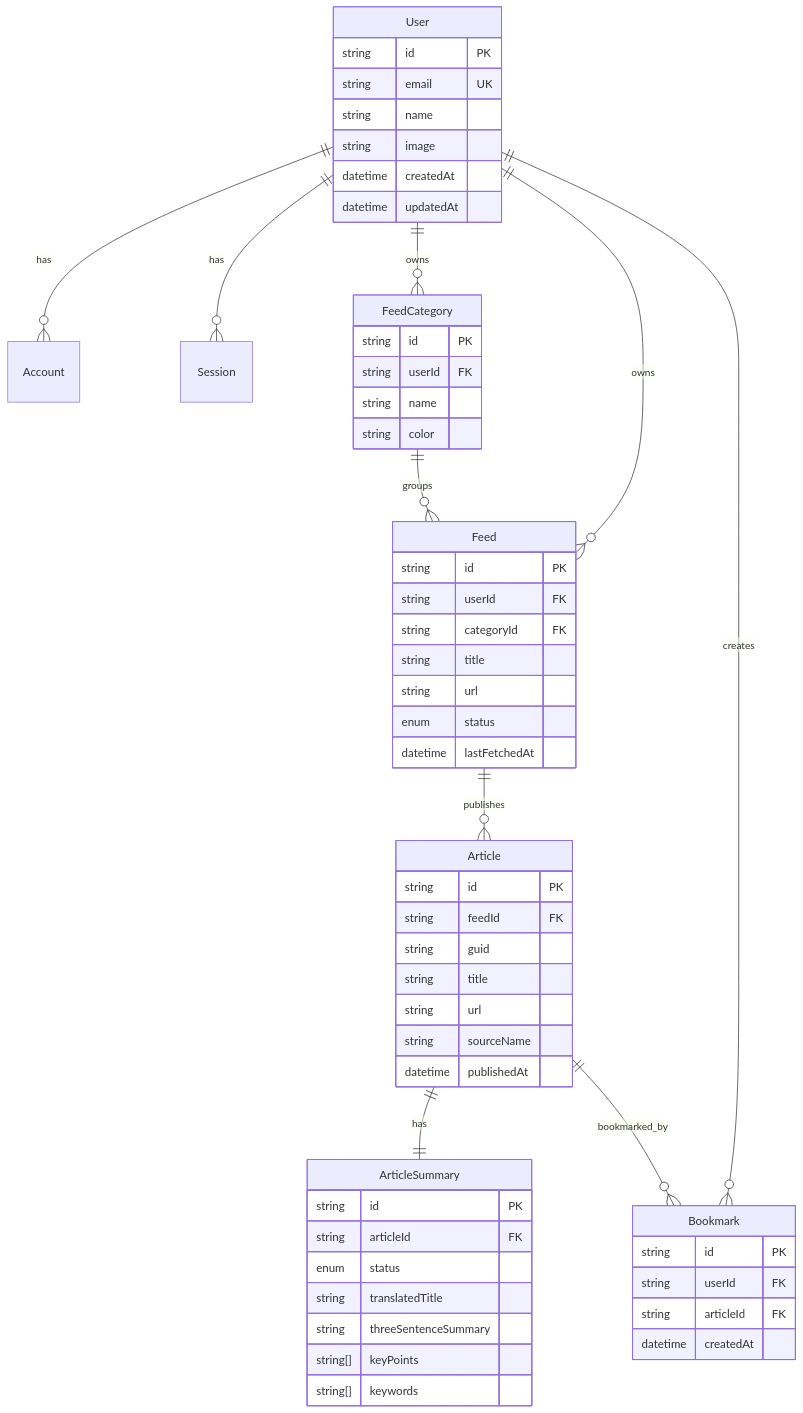
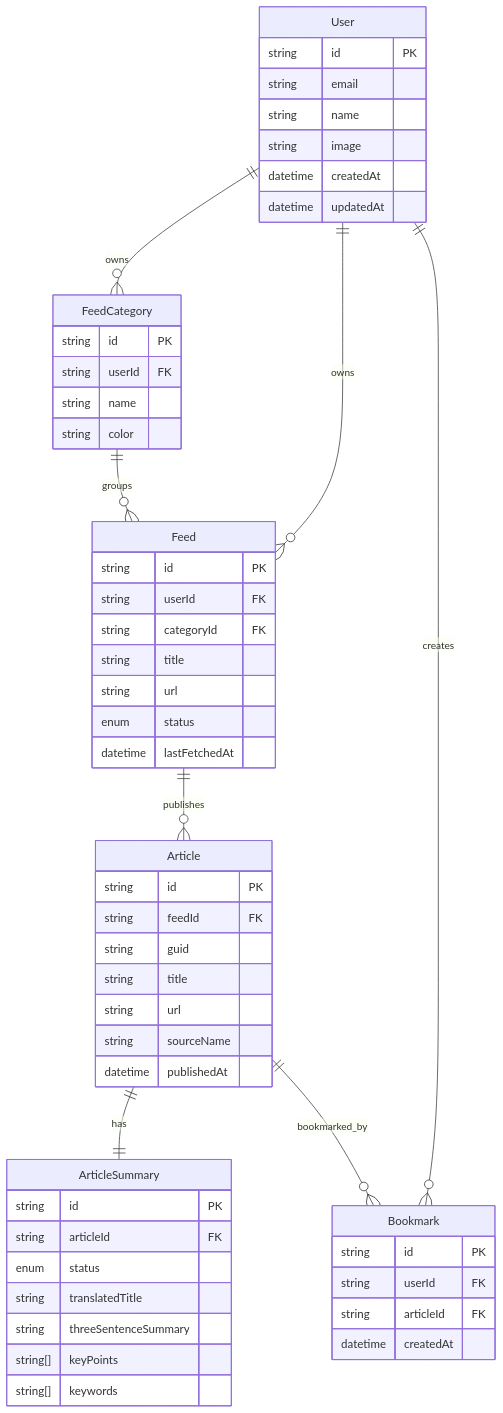
One commit to Shaoyi23/ai-tech-briefing changed the diagram in docs/database.md. Above: the diagram before and after it, drawn with Mermaid. The commit also changed other lines of this file and 36 other files, not shown here.

````diff
--- a/docs/database.md
+++ b/docs/database.md
@@ -25,66 +22,64 @@
 ```mermaid
 erDiagram
-  User ||--o{ Account : has
-  User ||--o{ Session : has
   User ||--o{ FeedCategory : owns
   User ||--o{ Feed : owns
   User ||--o{ Bookmark : creates
 
   FeedCategory ||--o{ Feed : groups
   Feed ||--o{ Article : publishes
   Article ||--|| ArticleSummary : has
   Article ||--o{ Bookmark : bookmarked_by
 
   User {
     string id PK
-    string email UK
+    string email
     string name
     string image
     datetime createdAt
     datetime updatedAt
   }
 
   FeedCategory {
     string id PK
     string userId FK
     string name
     string color
   }
 
   Feed {
     string id PK
     string userId FK
     string categoryId FK
     string title
     string url
     enum status
     datetime lastFetchedAt
   }
 
   Article {
     string id PK
     string feedId FK
     string guid
     string title
     string url
     string sourceName
     datetime publishedAt
   }
 
   ArticleSummary {
     string id PK
     string articleId FK
     enum status
     string translatedTitle
     string threeSentenceSummary
     string[] keyPoints
     string[] keywords
   }
 
   Bookmark {
     string id PK
     string userId FK
     string articleId FK
     datetime createdAt
   }
 ```
````
